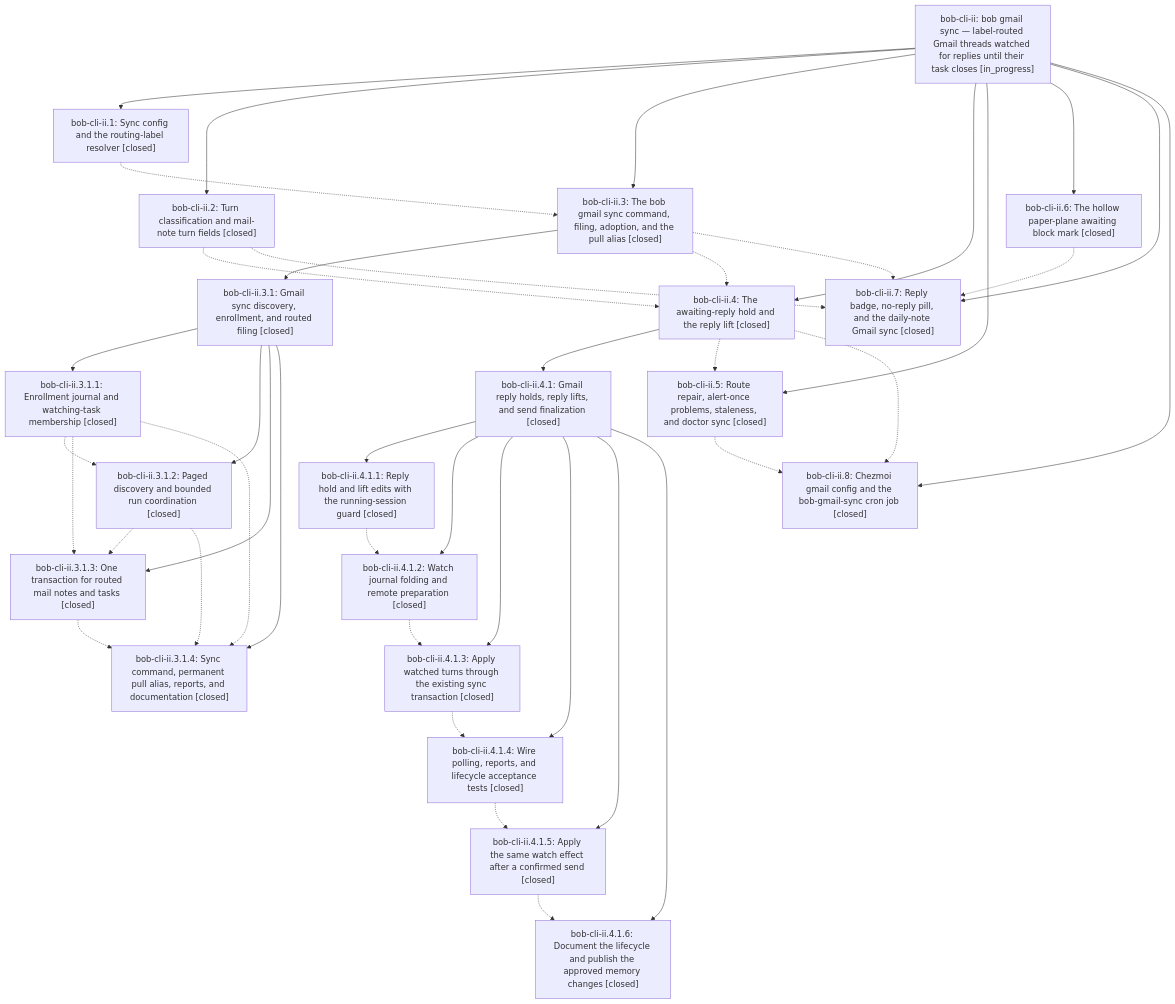
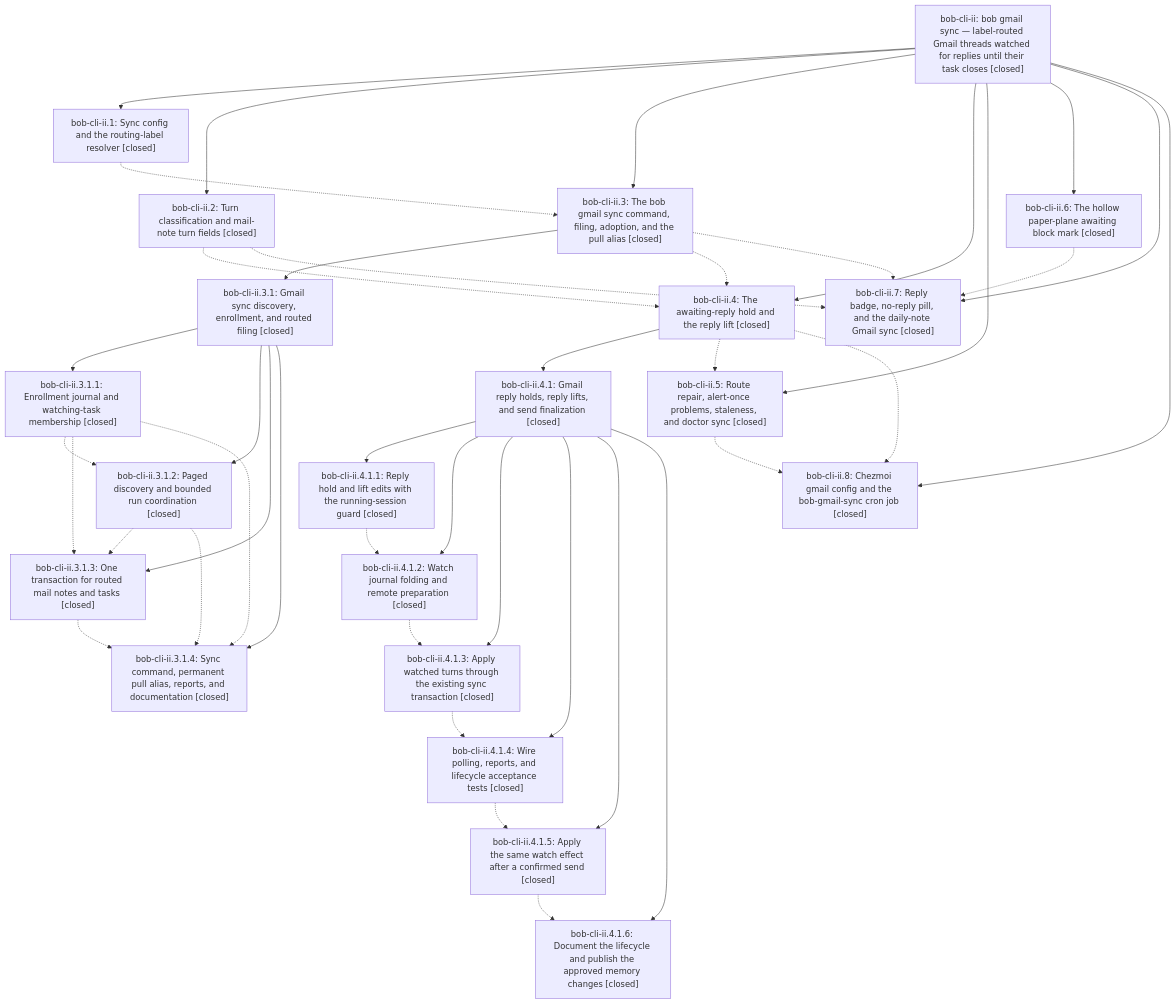
The diagram in pages/bob-cli-ii/README.md (bobs-org/bob-cli--beads), drawn with Mermaid before and after one commit. The commit also changed other lines of this file and 2 other files, not shown here.

First line of the commit message:
chore(beads): sync bead state and pages for bob-cli-ii

````diff
--- a/pages/bob-cli-ii/README.md
+++ b/pages/bob-cli-ii/README.md
@@ -49,64 +63,64 @@
 ```mermaid
 flowchart TD
-    n0["bob-cli-ii: bob gmail sync — label-routed Gmail threads watched for replies until their task closes [in_progress]"]
+    n0["bob-cli-ii: bob gmail sync — label-routed Gmail threads watched for replies until their task closes [closed]"]
     n1["bob-cli-ii.1: Sync config and the routing-label resolver [closed]"]
     n2["bob-cli-ii.2: Turn classification and mail-note turn fields [closed]"]
     n3["bob-cli-ii.3: The bob gmail sync command, filing, adoption, and the pull alias [closed]"]
     n4["bob-cli-ii.3.1: Gmail sync discovery, enrollment, and routed filing [closed]"]
     n5["bob-cli-ii.3.1.1: Enrollment journal and watching-task membership [closed]"]
     n6["bob-cli-ii.3.1.2: Paged discovery and bounded run coordination [closed]"]
     n7["bob-cli-ii.3.1.3: One transaction for routed mail notes and tasks [closed]"]
     n8["bob-cli-ii.3.1.4: Sync command, permanent pull alias, reports, and documentation [closed]"]
     n9["bob-cli-ii.4: The awaiting-reply hold and the reply lift [closed]"]
     n10["bob-cli-ii.4.1: Gmail reply holds, reply lifts, and send finalization [closed]"]
     n11["bob-cli-ii.4.1.1: Reply hold and lift edits with the running-session guard [closed]"]
     n12["bob-cli-ii.4.1.2: Watch journal folding and remote preparation [closed]"]
     n13["bob-cli-ii.4.1.3: Apply watched turns through the existing sync transaction [closed]"]
     n14["bob-cli-ii.4.1.4: Wire polling, reports, and lifecycle acceptance tests [closed]"]
     n15["bob-cli-ii.4.1.5: Apply the same watch effect after a confirmed send [closed]"]
     n16["bob-cli-ii.4.1.6: Document the lifecycle and publish the approved memory changes [closed]"]
     n17["bob-cli-ii.5: Route repair, alert-once problems, staleness, and doctor sync [closed]"]
     n18["bob-cli-ii.6: The hollow paper-plane awaiting block mark [closed]"]
     n19["bob-cli-ii.7: Reply badge, no-reply pill, and the daily-note Gmail sync [closed]"]
     n20["bob-cli-ii.8: Chezmoi gmail config and the bob-gmail-sync cron job [closed]"]
     n0 --> n1
     n0 --> n2
     n0 --> n3
     n3 --> n4
     n4 --> n5
     n4 --> n6
     n4 --> n7
     n4 --> n8
     n0 --> n9
     n9 --> n10
     n10 --> n11
     n10 --> n12
     n10 --> n13
     n10 --> n14
     n10 --> n15
     n10 --> n16
     n0 --> n17
     n0 --> n18
     n0 --> n19
     n0 --> n20
     n1 -.-> n3
     n2 -.-> n9
     n2 -.-> n19
     n3 -.-> n9
     n3 -.-> n19
     n5 -.-> n6
     n5 -.-> n7
     n5 -.-> n8
     n6 -.-> n7
     n6 -.-> n8
     n7 -.-> n8
     n9 -.-> n17
     n9 -.-> n20
     n11 -.-> n12
     n12 -.-> n13
     n13 -.-> n14
     n14 -.-> n15
     n15 -.-> n16
     n17 -.-> n20
     n18 -.-> n19
 ```
````
